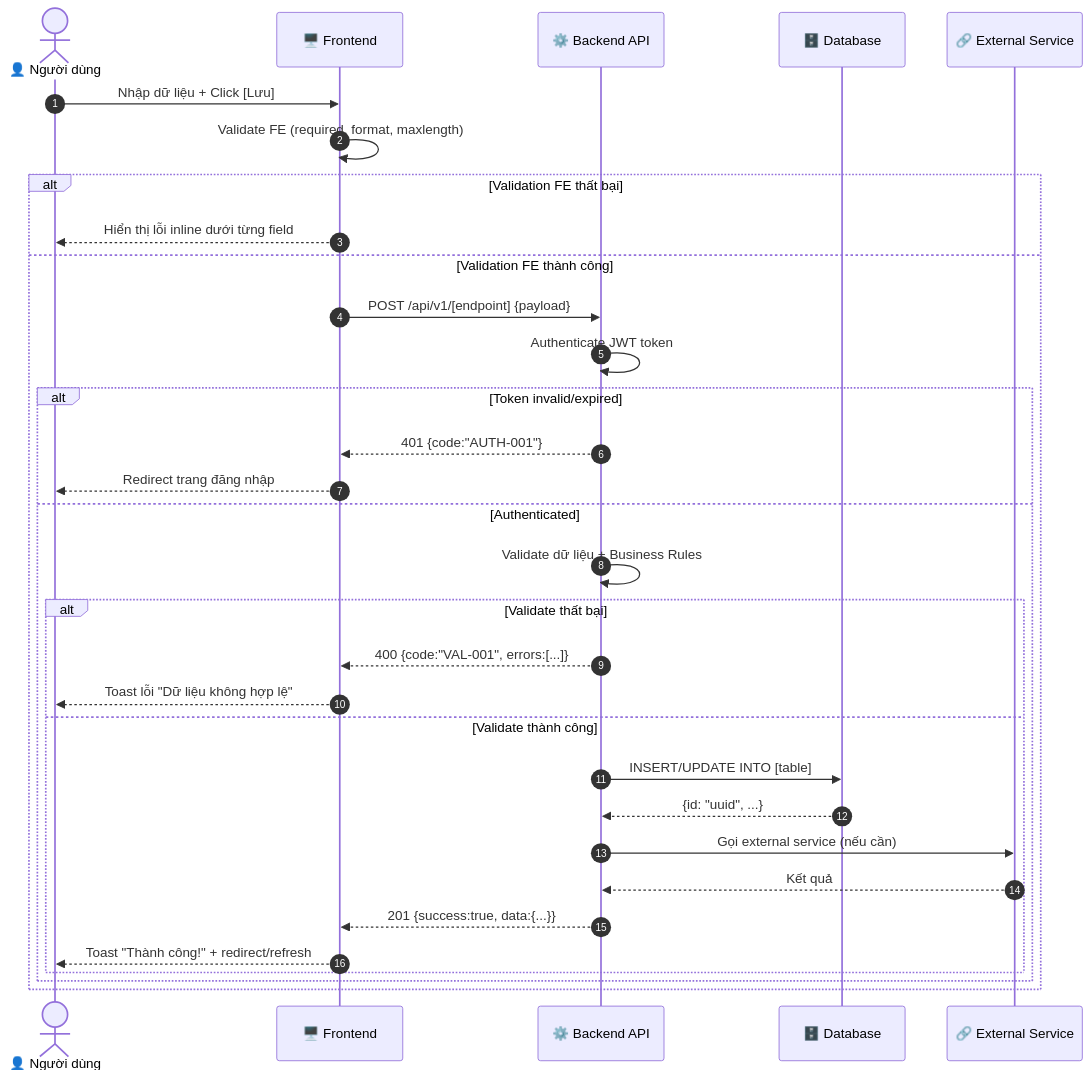
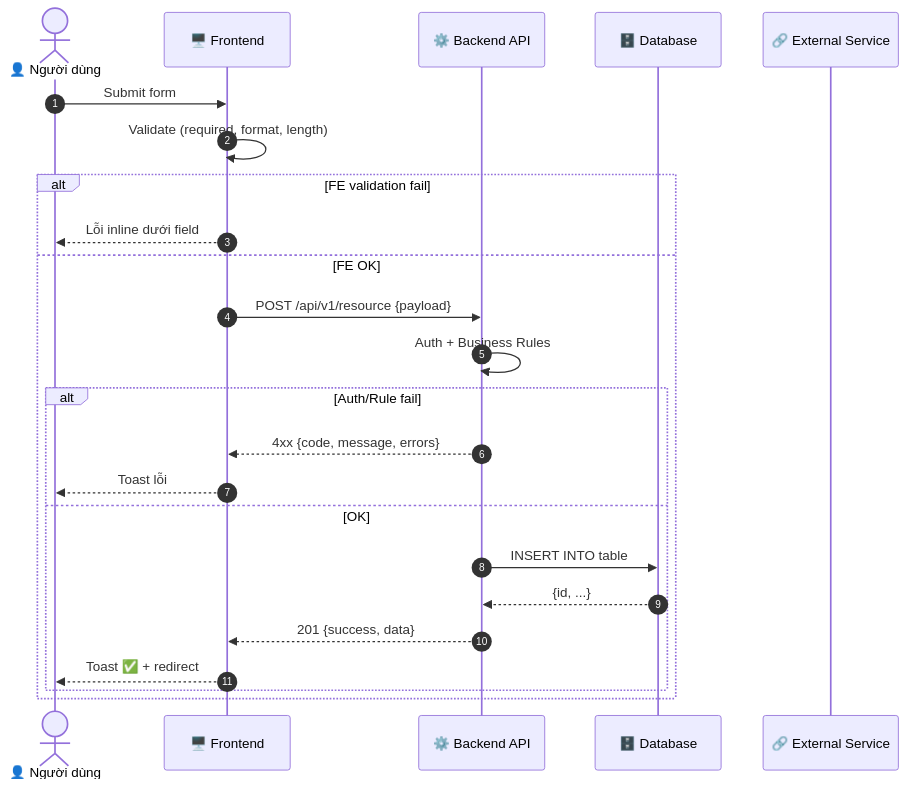
One commit to nguyenvananh205-rgb/Vanh changed the third of 3 diagrams in .claude/commands/prd-generator.md. Above: the diagram before and after it, drawn with Mermaid. The commit also changed other lines of this file, not shown here.

````diff
--- a/.claude/commands/prd-generator.md
+++ b/.claude/commands/prd-generator.md
@@ -409,38 +451,27 @@
 ```mermaid
 sequenceDiagram
     autonumber
     actor User as 👤 Người dùng
     participant FE as 🖥️ Frontend
     participant API as ⚙️ Backend API
     participant DB as 🗄️ Database
     participant EXT as 🔗 External Service
 
-    User->>FE: Nhập dữ liệu + Click [Lưu]
-    FE->>FE: Validate FE (required, format, maxlength)
-    
-    alt Validation FE thất bại
-        FE-->>User: Hiển thị lỗi inline dưới từng field
-    else Validation FE thành công
-        FE->>API: POST /api/v1/[endpoint] {payload}
-        API->>API: Authenticate JWT token
-        
-        alt Token invalid/expired
-            API-->>FE: 401 {code:"AUTH-001"}
-            FE-->>User: Redirect trang đăng nhập
-        else Authenticated
-            API->>API: Validate dữ liệu + Business Rules
-            
-            alt Validate thất bại
-                API-->>FE: 400 {code:"VAL-001", errors:[...]}
-                FE-->>User: Toast lỗi "Dữ liệu không hợp lệ"
-            else Validate thành công
-                API->>DB: INSERT/UPDATE INTO [table]
-                DB-->>API: {id: "uuid", ...}
-                API->>EXT: Gọi external service (nếu cần)
-                EXT-->>API: Kết quả
-                API-->>FE: 201 {success:true, data:{...}}
-                FE-->>User: Toast "Thành công!" + redirect/refresh
-            end
+    User->>FE: Submit form
+    FE->>FE: Validate (required, format, length)
+    alt FE validation fail
+        FE-->>User: Lỗi inline dưới field
+    else FE OK
+        FE->>API: POST /api/v1/resource {payload}
+        API->>API: Auth + Business Rules
+        alt Auth/Rule fail
+            API-->>FE: 4xx {code, message, errors}
+            FE-->>User: Toast lỗi
+        else OK
+            API->>DB: INSERT INTO table
+            DB-->>API: {id, ...}
+            API-->>FE: 201 {success, data}
+            FE-->>User: Toast ✅ + redirect
         end
     end
 ```
````
